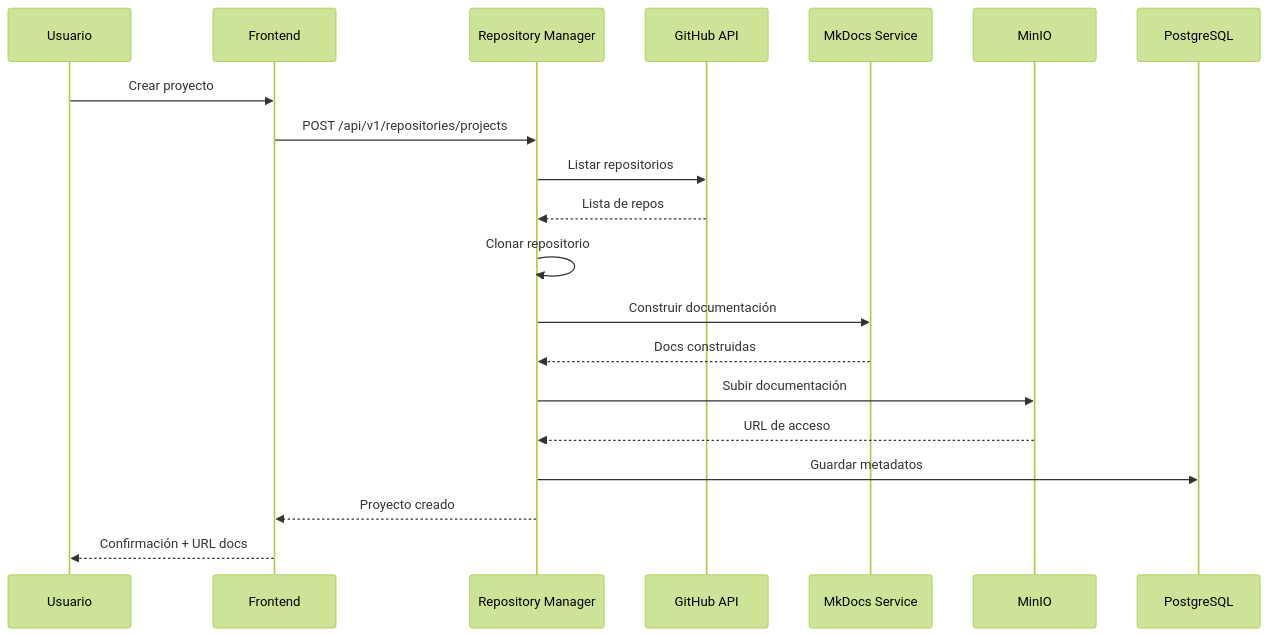
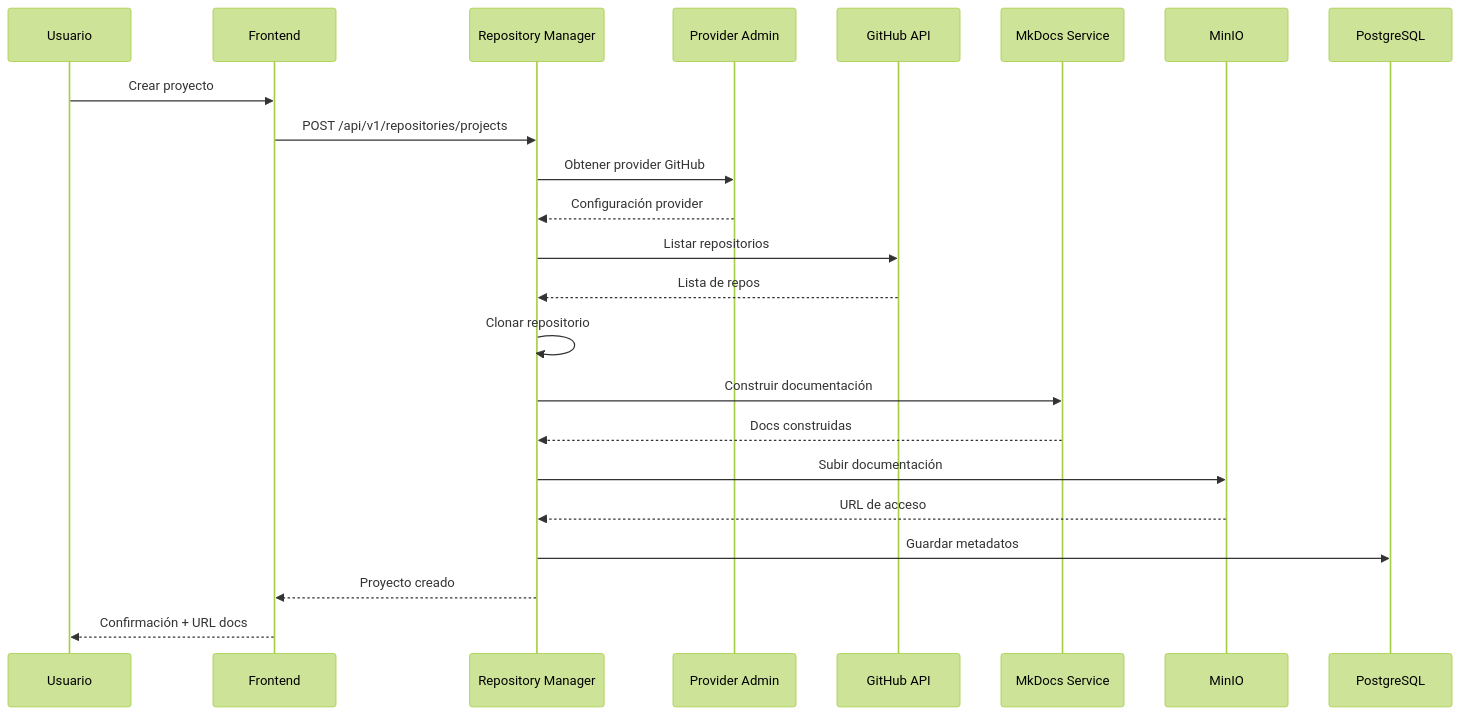
The third of 4 diagrams in docs/architecture/overview.md (giovanemere/ia-ops-dev-core), drawn with Mermaid (forest theme) before and after one commit. The commit also changed other lines of this file and 4 other files, not shown here.

````diff
--- a/docs/architecture/overview.md
+++ b/docs/architecture/overview.md
@@ -167,23 +243,26 @@
 ```mermaid
 sequenceDiagram
     participant U as Usuario
     participant FE as Frontend
     participant RM as Repository Manager
+    participant PA as Provider Admin
     participant GH as GitHub API
     participant MK as MkDocs Service
     participant MN as MinIO
     participant DB as PostgreSQL
 
     U->>FE: Crear proyecto
     FE->>RM: POST /api/v1/repositories/projects
+    RM->>PA: Obtener provider GitHub
+    PA-->>RM: Configuración provider
     RM->>GH: Listar repositorios
     GH-->>RM: Lista de repos
     RM->>RM: Clonar repositorio
     RM->>MK: Construir documentación
     MK-->>RM: Docs construidas
     RM->>MN: Subir documentación
     MN-->>RM: URL de acceso
     RM->>DB: Guardar metadatos
     RM-->>FE: Proyecto creado
     FE-->>U: Confirmación + URL docs
 ```
````
